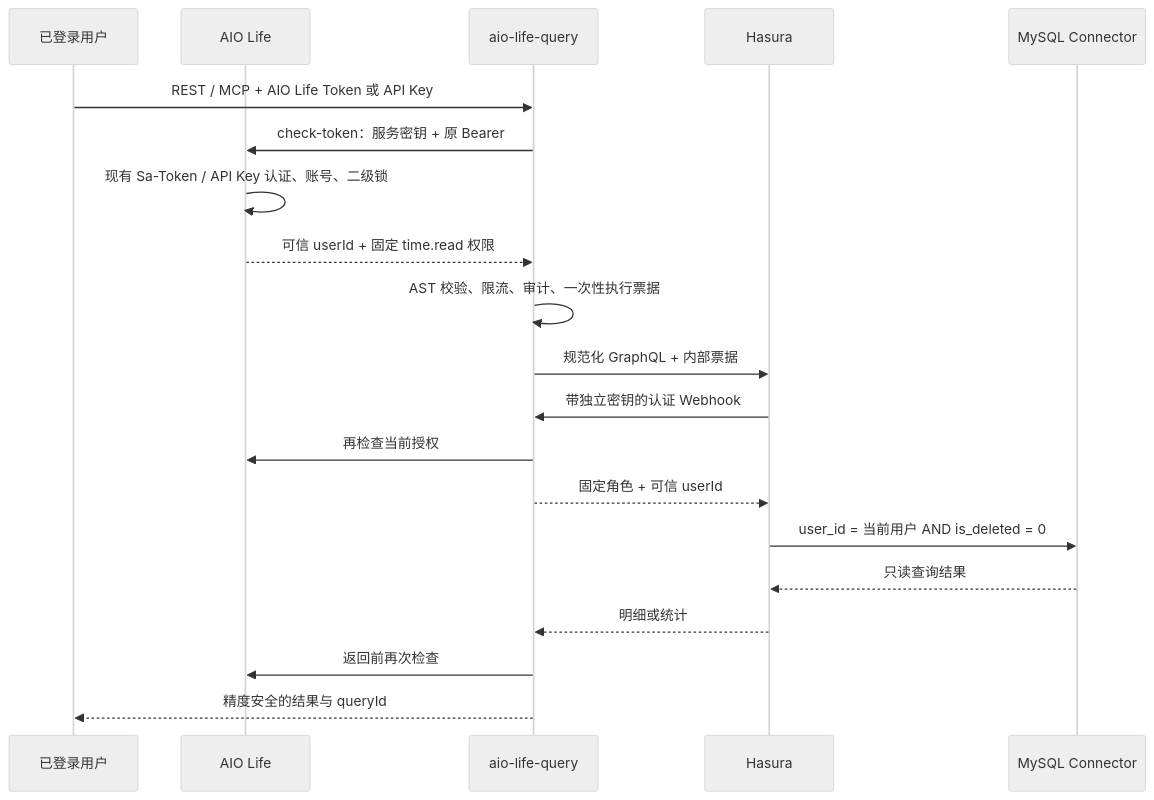
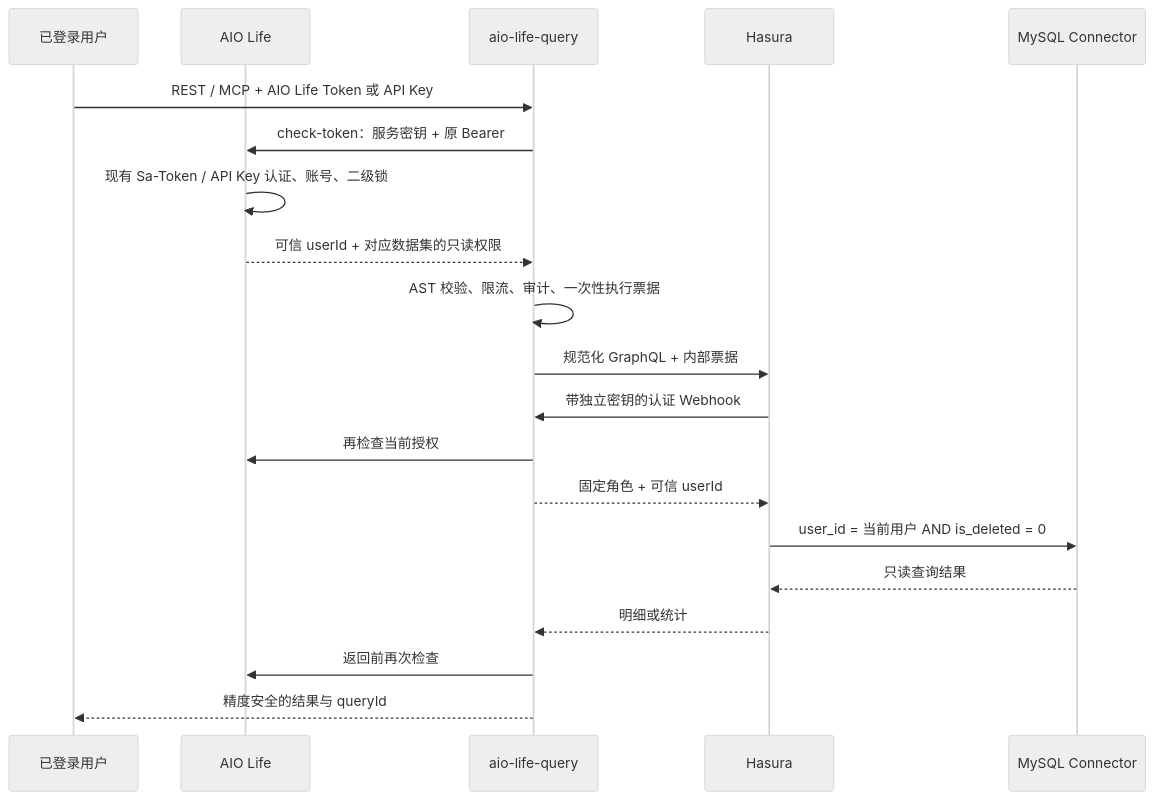
Before and after one commit to lys1313013/aio-life-query: the diagram in README.md, drawn with Mermaid (neutral theme). The commit also changed other lines of this file and 15 other files, not shown here.

````diff
--- a/README.md
+++ b/README.md
@@ -15,22 +15,22 @@
 ```mermaid
 sequenceDiagram
     participant U as 已登录用户
     participant L as AIO Life
     participant Q as aio-life-query
     participant H as Hasura
     participant D as MySQL Connector
     U->>Q: REST / MCP + AIO Life Token 或 API Key
     Q->>L: check-token：服务密钥 + 原 Bearer
     L->>L: 现有 Sa-Token / API Key 认证、账号、二级锁
-    L-->>Q: 可信 userId + 固定 time.read 权限
+    L-->>Q: 可信 userId + 对应数据集的只读权限
     Q->>Q: AST 校验、限流、审计、一次性执行票据
     Q->>H: 规范化 GraphQL + 内部票据
     H->>Q: 带独立密钥的认证 Webhook
     Q->>L: 再检查当前授权
     Q-->>H: 固定角色 + 可信 userId
     H->>D: user_id = 当前用户 AND is_deleted = 0
     D-->>H: 只读查询结果
     H-->>Q: 明细或统计
     Q->>L: 返回前再次检查
     Q-->>U: 精度安全的结果与 queryId
 ```
````
